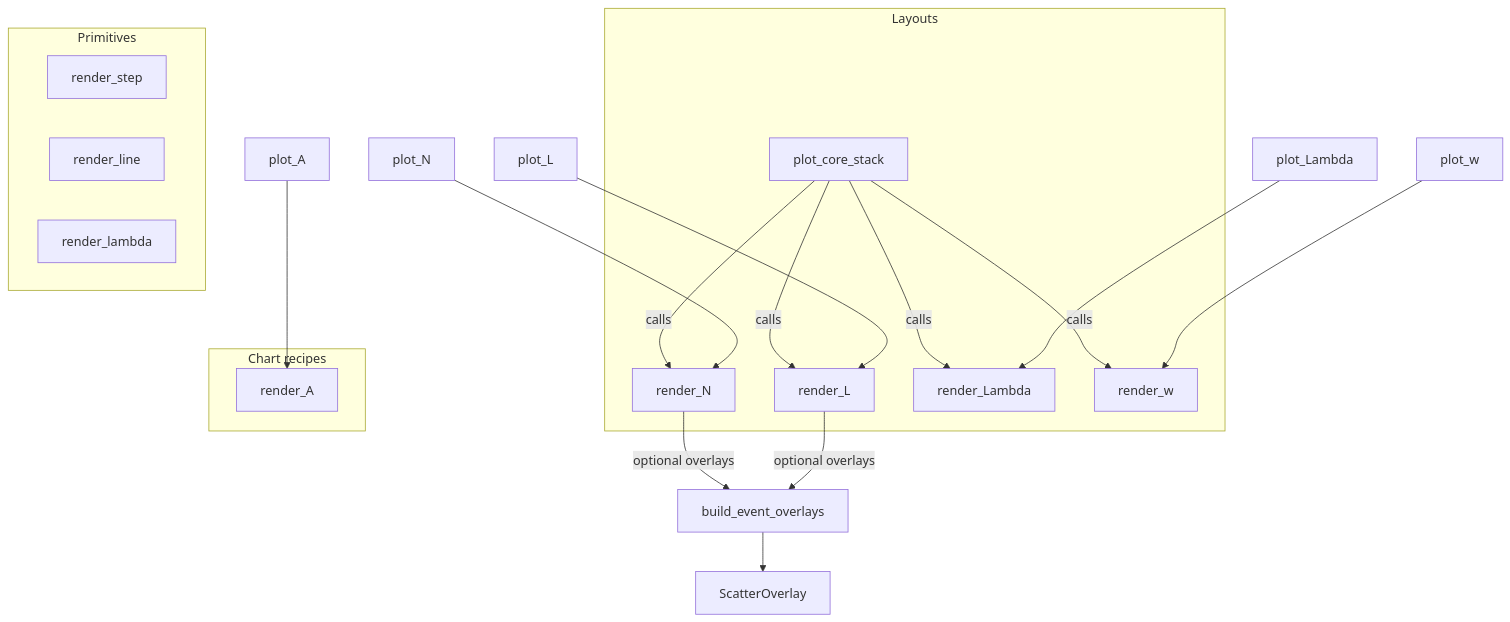
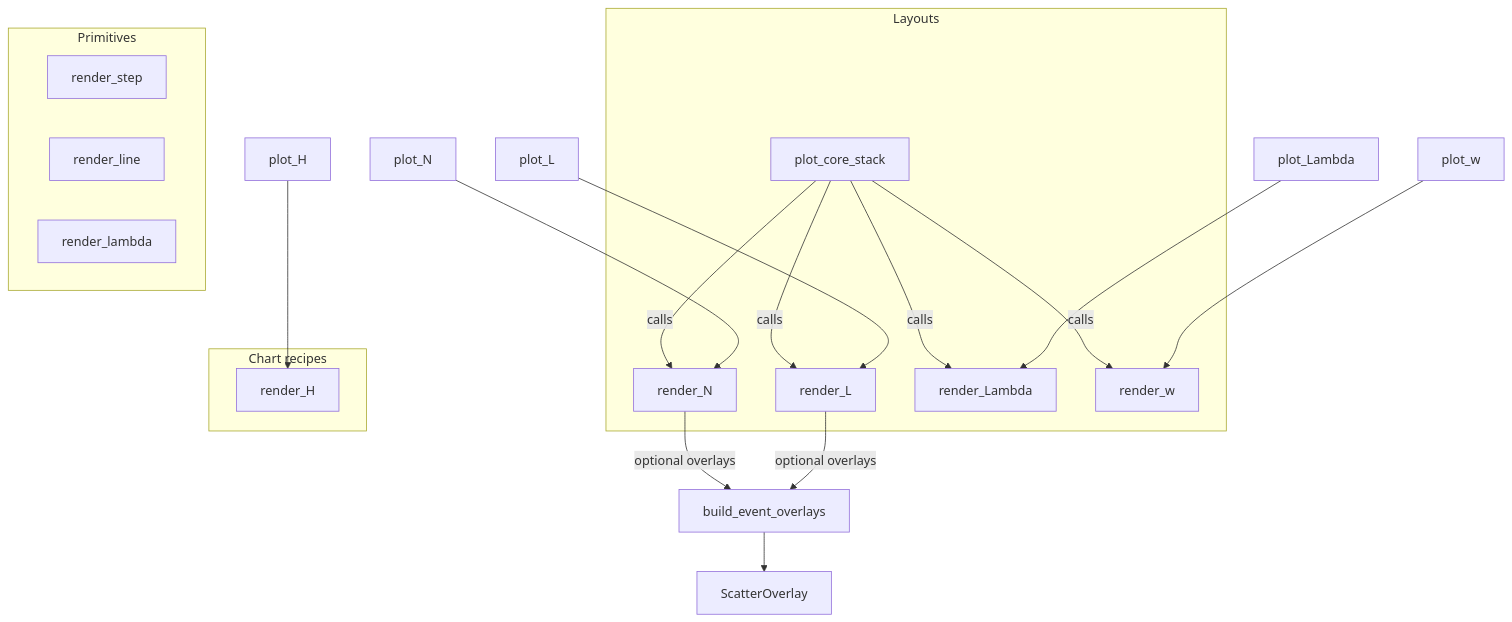
Before and after one commit to presence-calculus/samplepath-flow: the diagram in docs/diagrams/plot-call-chain.md, drawn with Mermaid. The commit also changed 14 other files, not shown here.

First line of the commit message:
[9]: (A(T) chart updates): Merge at-chart-updates to main

````diff
--- a/docs/diagrams/plot-call-chain.md
+++ b/docs/diagrams/plot-call-chain.md
@@ -1,37 +1,37 @@
 ```mermaid
 flowchart TD
     subgraph CoreFunctions[Layouts]
         plot_core_stack -->|calls| render_N
         plot_core_stack -->|calls| render_L
         plot_core_stack -->|calls| render_Lambda
         plot_core_stack -->|calls| render_w
     end
 
     subgraph Helpers[Primitives]
         render_step
         render_line
         render_lambda
     end
 
     subgraph Recipes[Chart recipes]
         render_N
         render_L
         render_Lambda
         render_w
-        render_A
+        render_H
     end
 
     %% Standalone layouts
     plot_N --> render_N
     plot_L --> render_L
     plot_Lambda --> render_Lambda
     plot_w --> render_w
-    plot_A --> render_A
+    plot_H --> render_H
 
     %% Overlay builder
     render_N -->|optional overlays| build_event_overlays
     render_L -->|optional overlays| build_event_overlays
 
     %% Underlying overlays
     build_event_overlays --> ScatterOverlay
 ```
````
